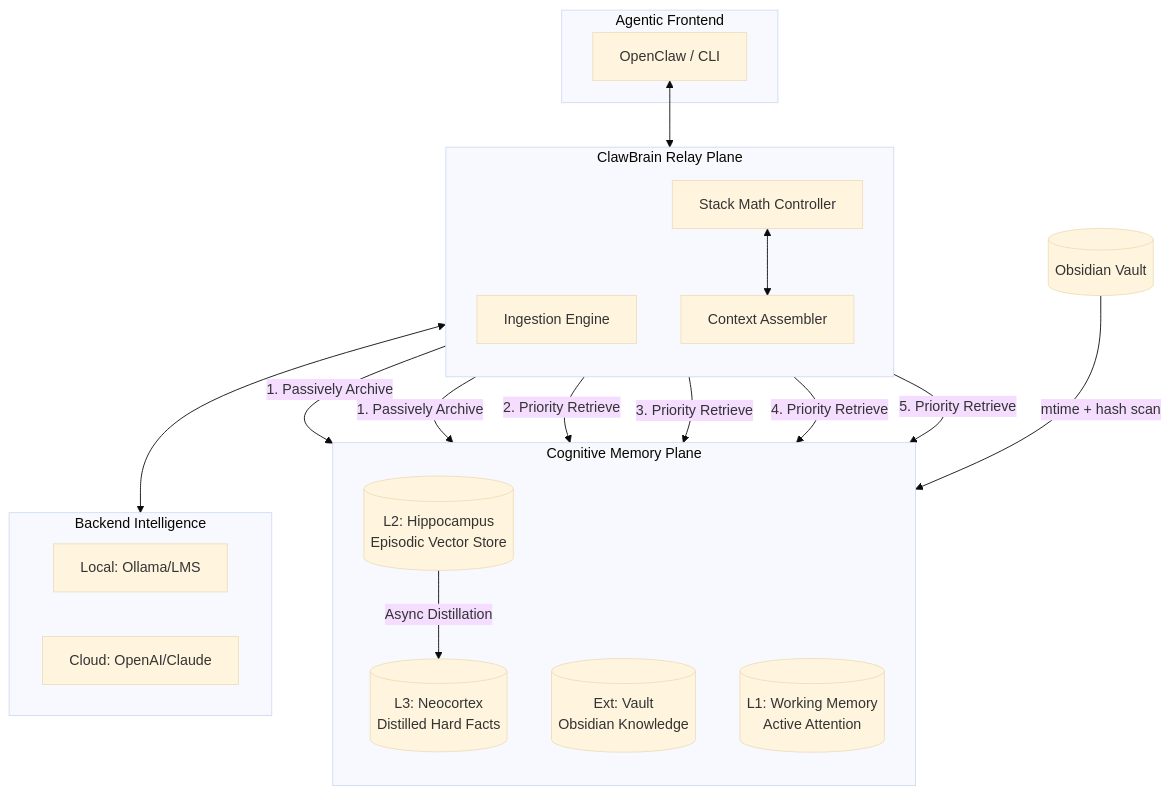
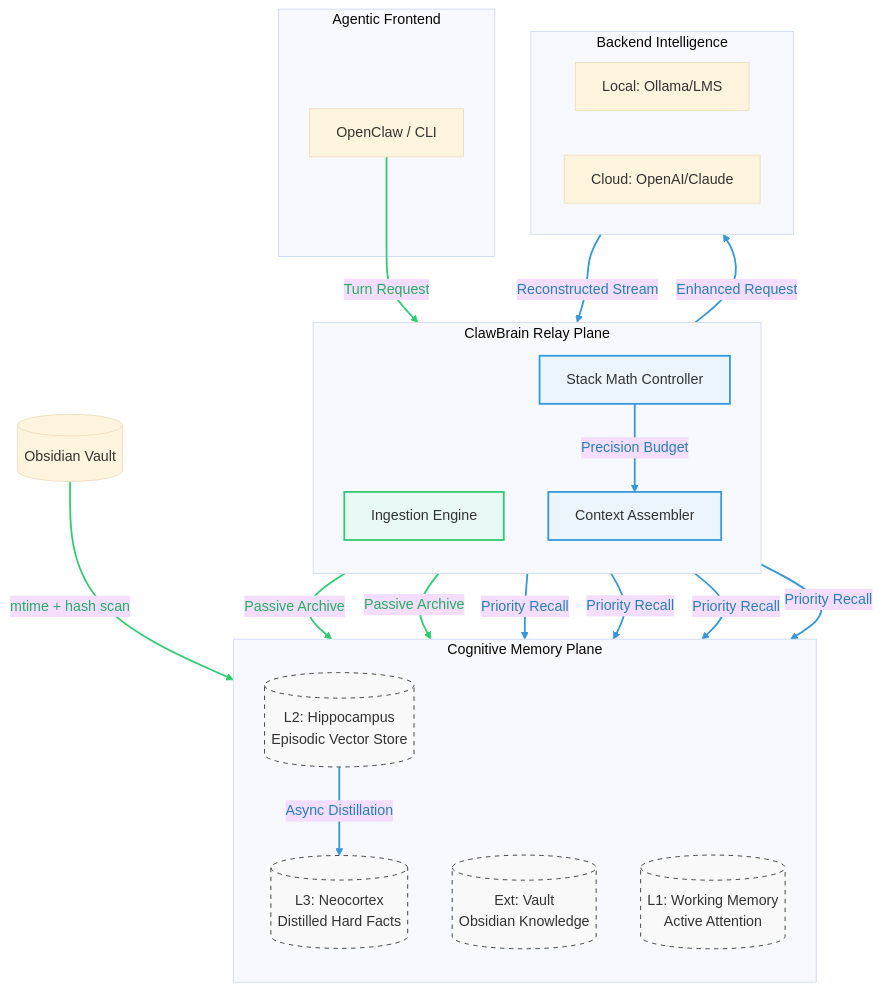
The diagram in README.md (winnerineast/ClawBrain), drawn with Mermaid (base theme) before and after one commit. The commit also changed 1 other file, not shown here.

Commit message:
docs: visualize dual-plane information flows in Mermaid architecture diagram

````diff
--- a/README.md
+++ b/README.md
@@ -110,39 +110,52 @@
 ```mermaid
 flowchart TB
+    %% Class Definitions for Visual Distinction
+    classDef capture stroke:#2ecc71,stroke-width:2px,fill:#e8f8f5
+    classDef cognitive stroke:#3498db,stroke-width:2px,fill:#ebf5fb
+    classDef storage fill:#f9f9f9,stroke:#333,stroke-dasharray: 5 5
+
     subgraph Client [Agentic Frontend]
         OC[OpenClaw / CLI]
     end
 
     subgraph Relay [ClawBrain Relay Plane]
         direction TB
-        Ingest[Ingestion Engine]
-        Assemble[Context Assembler]
-        Logic[Stack Math Controller]
+        Ingest[Ingestion Engine]:::capture
+        Assemble[Context Assembler]:::cognitive
+        Logic[Stack Math Controller]:::cognitive
     end
 
     subgraph Memory [Cognitive Memory Plane]
         direction TB
-        L3[(L3: Neocortex\nDistilled Hard Facts)]
-        Ext[(Ext: Vault\nObsidian Knowledge)]
-        L1[(L1: Working Memory\nActive Attention)]
-        L2[(L2: Hippocampus\nEpisodic Vector Store)]
+        L3[(L3: Neocortex\nDistilled Hard Facts)]:::storage
+        Ext[(Ext: Vault\nObsidian Knowledge)]:::storage
+        L1[(L1: Working Memory\nActive Attention)]:::storage
+        L2[(L2: Hippocampus\nEpisodic Vector Store)]:::storage
     end
 
     subgraph LLM [Backend Intelligence]
         Ollama[Local: Ollama/LMS]
         Cloud[Cloud: OpenAI/Claude]
     end
 
-    OC <--> Ingest
-    Ingest -- "1. Passively Archive" --> L1 & L2
-    Assemble -- "2. Priority Retrieve" --> L3
-    Assemble -- "3. Priority Retrieve" --> Ext
-    Assemble -- "4. Priority Retrieve" --> L1
-    Assemble -- "5. Priority Retrieve" --> L2
-    
-    L2 -- "Async Distillation" --> L3
+    %% 1. Capture Flow (How information enters)
+    OC -- "Turn Request" --> Ingest
+    Ingest -- "Passive Archive" --> L1
+    Ingest -- "Passive Archive" --> L2
     LocalFiles[(Obsidian Vault)] -- "mtime + hash scan" --> Ext
     
-    Logic <--> Assemble
-    Assemble <--> LLM
+    %% 2. Cognitive & Recall Flow (Internal processing & Context optimization)
+    L2 -- "Async Distillation" --> L3
+    Assemble -- "Priority Recall" --> L3
+    Assemble -- "Priority Recall" --> Ext
+    Assemble -- "Priority Recall" --> L1
+    Assemble -- "Priority Recall" --> L2
+    
+    Logic -- "Precision Budget" --> Assemble
+    Assemble -- "Enhanced Request" --> LLM
+    LLM -- "Reconstructed Stream" --> Ingest
+
+    %% Applying Classes to Flows
+    linkStyle 0,1,2,3 stroke:#2ecc71,stroke-width:2px,color:#27ae60
+    linkStyle 4,5,6,7,8,9,10,11 stroke:#3498db,stroke-width:2px,color:#2980b9
 ```
````
